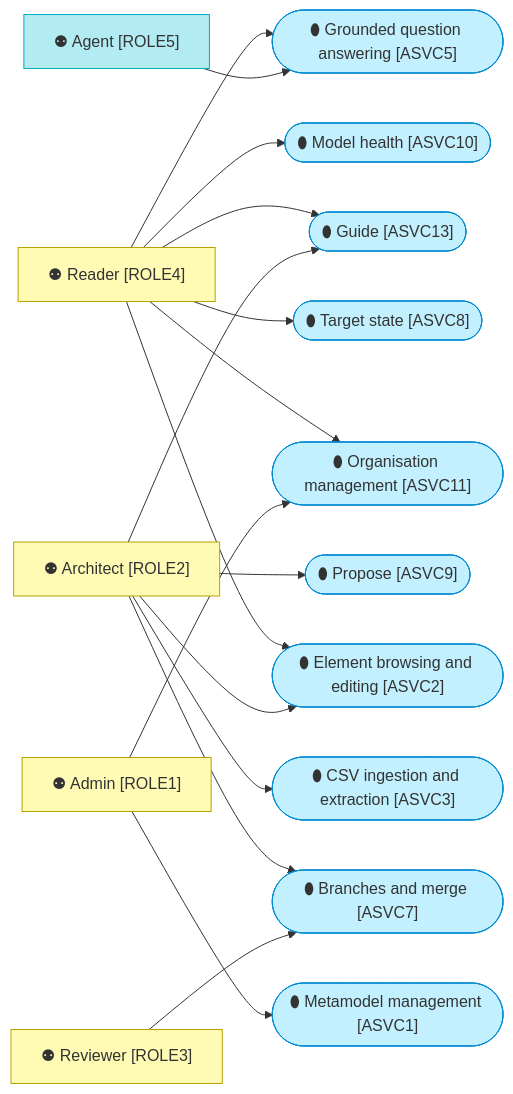
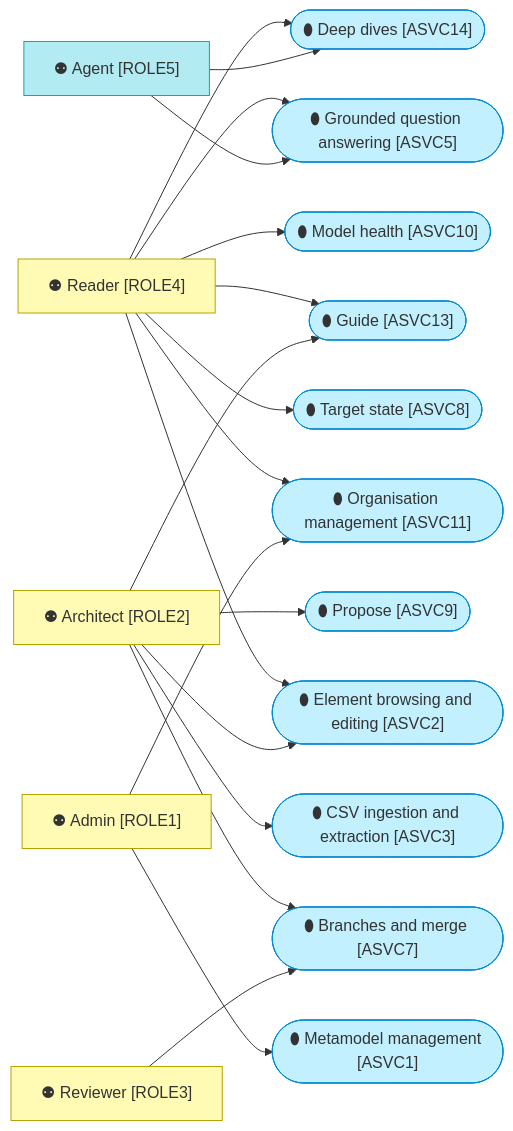
Before and after one commit to roanboc/dbx-enterprise-architecture: the second of 4 diagrams in architecture/4_application/1_application-services.md, drawn with Mermaid. The commit also changed other lines of this file and 14 other files, not shown here.

First line of the commit message:
docs(architecture): initiative 25 built — the application and technology layers aligned, GAP27 closed

````diff
--- a/architecture/4_application/1_application-services.md
+++ b/architecture/4_application/1_application-services.md
@@ -27,37 +27,40 @@
 ```mermaid
 flowchart LR
   reader["⚉ Reader [ROLE4]"]:::business
   arch["⚉ Architect [ROLE2]"]:::business
   rev["⚉ Reviewer [ROLE3]"]:::business
   admin["⚉ Admin [ROLE1]"]:::business
   agent["⚉ Agent [ROLE5]"]:::ai
   s1(["⬮ Metamodel management [ASVC1]"]):::application
   s2(["⬮ Element browsing and editing [ASVC2]"]):::application
   s3(["⬮ CSV ingestion and extraction [ASVC3]"]):::application
   s5(["⬮ Grounded question answering [ASVC5]"]):::application
   s7(["⬮ Branches and merge [ASVC7]"]):::application
   s8(["⬮ Target state [ASVC8]"]):::application
   s9(["⬮ Propose [ASVC9]"]):::application
   s10(["⬮ Model health [ASVC10]"]):::application
   s11(["⬮ Organisation management [ASVC11]"]):::application
   s13(["⬮ Guide [ASVC13]"]):::application
+  s14(["⬮ Deep dives [ASVC14]"]):::application
   reader --> s2
   reader --> s5
   reader --> s8
   reader --> s10
   reader --> s11
   reader --> s13
+  reader --> s14
   arch --> s2
   arch --> s3
   arch --> s7
   arch --> s9
   arch --> s13
   rev --> s7
   admin --> s1
   admin --> s11
   agent --> s5
+  agent --> s14
 
   classDef business fill:#fffbb5,stroke:#b8a200,color:#333
   classDef application fill:#c2f0ff,stroke:#0288d1,color:#333
   classDef ai fill:#b2ebf2,stroke:#00acc1,color:#333
 ```
````
